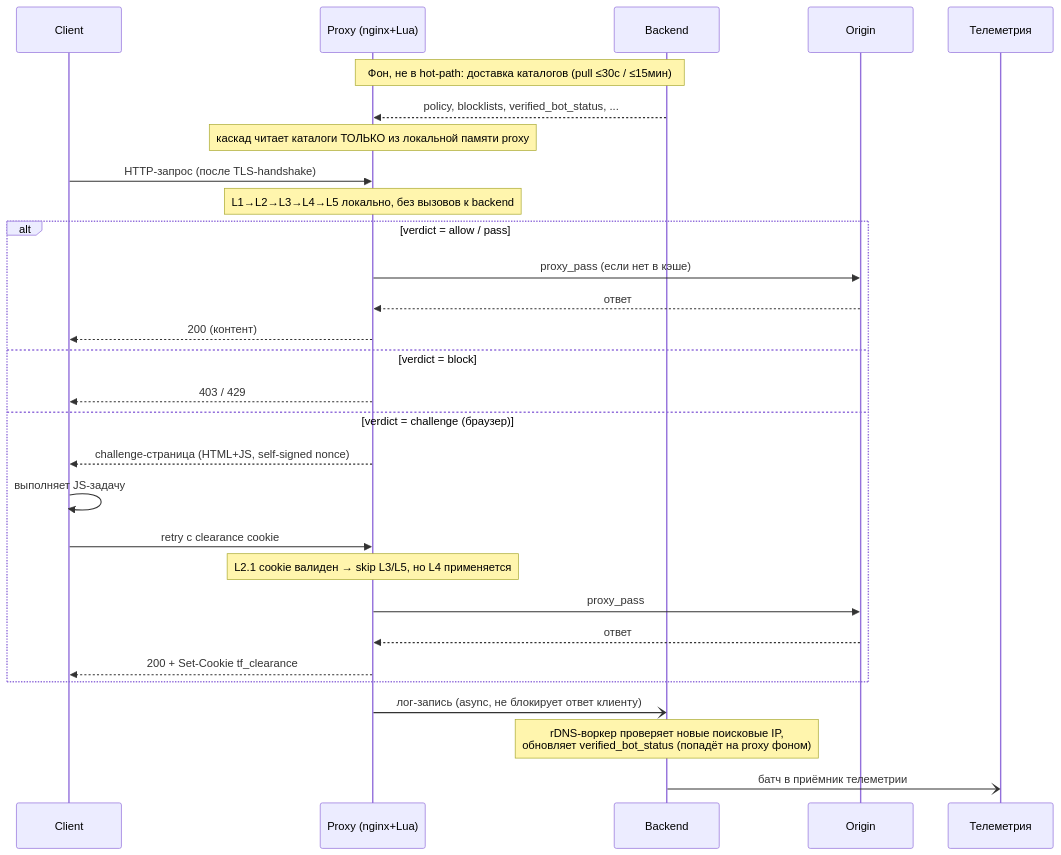
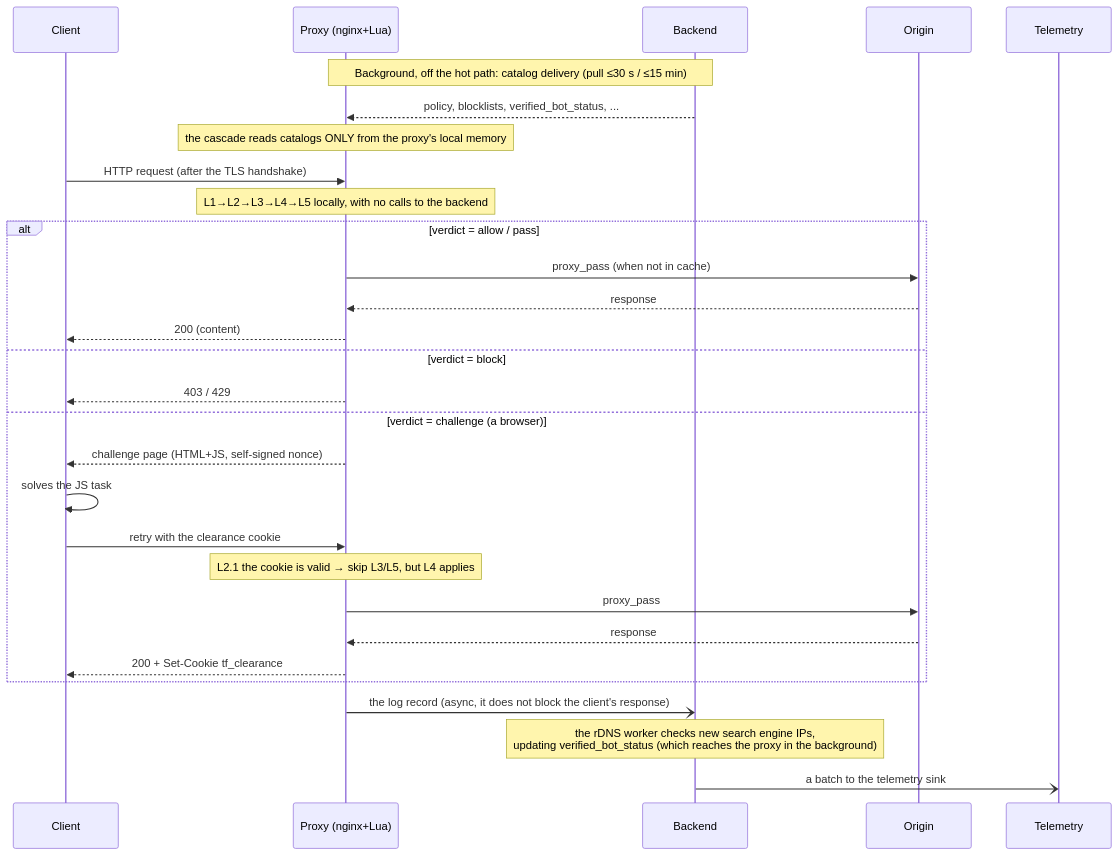
One commit to tabularasa31/bot-abuse-controls changed the fourth of 5 diagrams in docs/product/cascade-diagrams.md. Above: the diagram before and after it, drawn with Mermaid. The commit also changed other lines of this file, not shown here.

Commit message:
docs(product): translate cascade diagrams (10/n)

````diff
--- a/docs/product/cascade-diagrams.md
+++ b/docs/product/cascade-diagrams.md
@@ -194,33 +208,33 @@
 ```mermaid
 sequenceDiagram
     participant C as Client
     participant P as Proxy (nginx+Lua)
     participant B as Backend
     participant O as Origin
-    participant Telemetry as Телеметрия
+    participant Telemetry as Telemetry
 
-    Note over B,P: Фон, не в hot-path: доставка каталогов (pull ≤30с / ≤15мин)
+    Note over B,P: Background, off the hot path: catalog delivery (pull ≤30 s / ≤15 min)
     B-->>P: policy, blocklists, verified_bot_status, ...
-    Note over P: каскад читает каталоги ТОЛЬКО из локальной памяти proxy
+    Note over P: the cascade reads catalogs ONLY from the proxy's local memory
 
-    C->>P: HTTP-запрос (после TLS-handshake)
-    Note over P: L1→L2→L3→L4→L5 локально, без вызовов к backend
+    C->>P: HTTP request (after the TLS handshake)
+    Note over P: L1→L2→L3→L4→L5 locally, with no calls to the backend
     alt verdict = allow / pass
-        P->>O: proxy_pass (если нет в кэше)
-        O-->>P: ответ
-        P-->>C: 200 (контент)
+        P->>O: proxy_pass (when not in cache)
+        O-->>P: response
+        P-->>C: 200 (content)
     else verdict = block
         P-->>C: 403 / 429
-    else verdict = challenge (браузер)
-        P-->>C: challenge-страница (HTML+JS, self-signed nonce)
-        C->>C: выполняет JS-задачу
-        C->>P: retry с clearance cookie
-        Note over P: L2.1 cookie валиден → skip L3/L5, но L4 применяется
+    else verdict = challenge (a browser)
+        P-->>C: challenge page (HTML+JS, self-signed nonce)
+        C->>C: solves the JS task
+        C->>P: retry with the clearance cookie
+        Note over P: L2.1 the cookie is valid → skip L3/L5, but L4 applies
         P->>O: proxy_pass
-        O-->>P: ответ
+        O-->>P: response
         P-->>C: 200 + Set-Cookie tf_clearance
     end
-    P-)B: лог-запись (async, не блокирует ответ клиенту)
-    Note over B: rDNS-воркер проверяет новые поисковые IP,<br/>обновляет verified_bot_status (попадёт на proxy фоном)
-    B-)Telemetry: батч в приёмник телеметрии
+    P-)B: the log record (async, it does not block the client's response)
+    Note over B: the rDNS worker checks new search engine IPs,<br/>updating verified_bot_status (which reaches the proxy in the background)
+    B-)Telemetry: a batch to the telemetry sink
 ```
````
